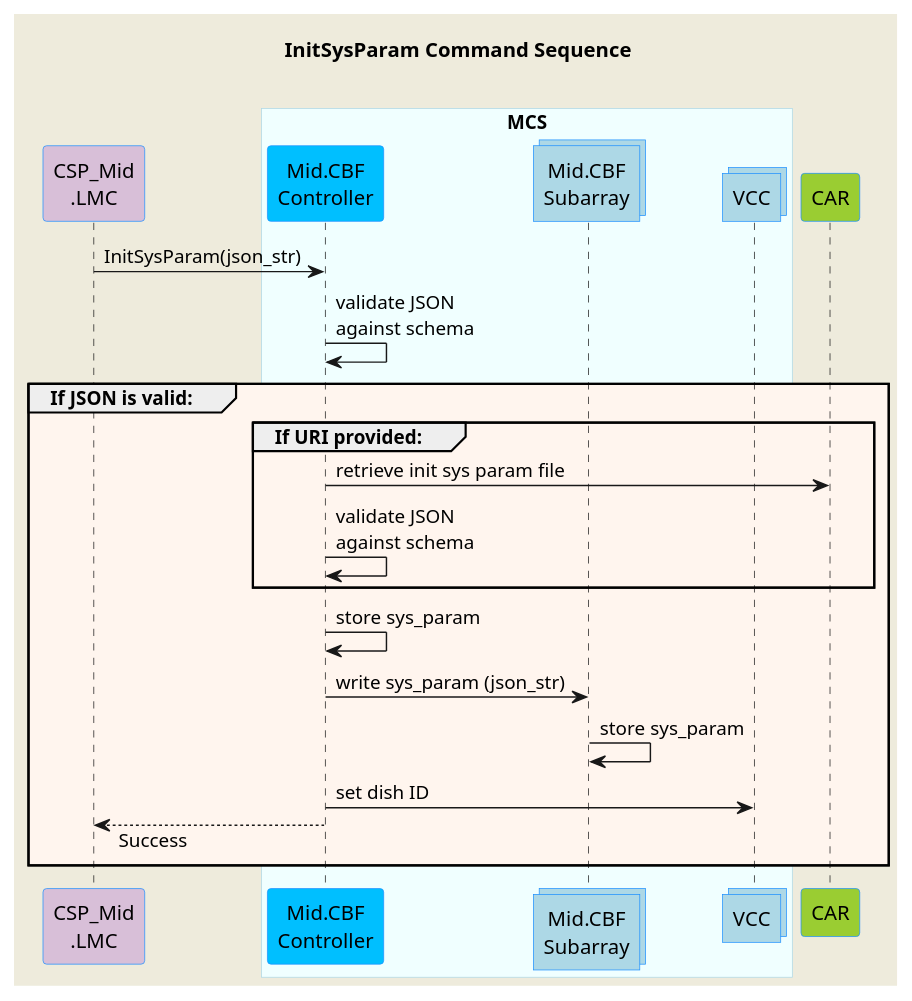
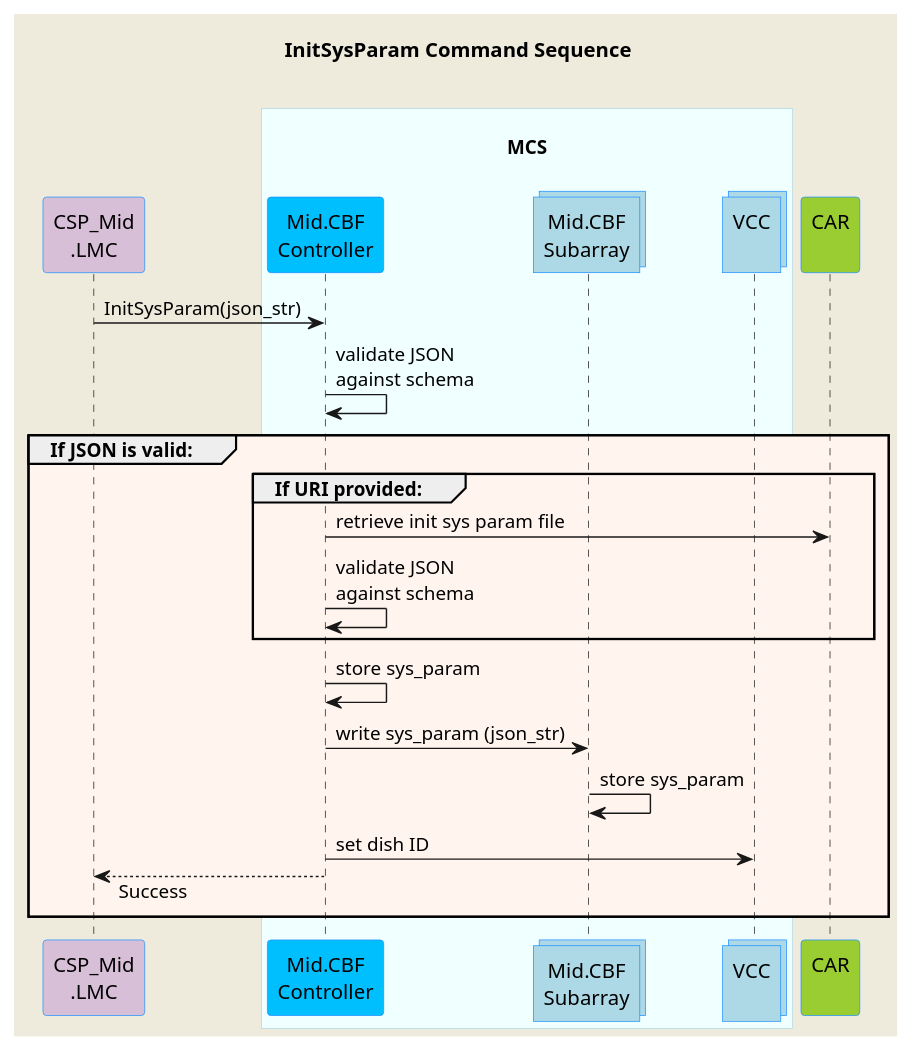
Before and after one commit to ska-telescope/mid-cbf-mcs: the diagram in docs/src/diagrams/initsysparam-command.puml, drawn with PlantUML. The commit also changed 8 other files, not shown here.

```diff
--- a/docs/src/diagrams/initsysparam-command.puml
+++ b/docs/src/diagrams/initsysparam-command.puml
@@ -1,43 +1,44 @@
 @startuml
 'https://plantuml.com/sequence-diagram
 skinparam backgroundColor #EEEBDC
 skinparam sequence {
 ParticipantBorderColor DodgerBlue
 ParticipantBackgroundColor DeepSkyBlue
 ActorBorderColor DarkGreen
 ActorBackgroundColor Green
 BoxBorderColor LightBlue
 BoxBackgroundColor #F0FFFF
 }
 skinparam collections {
   BackGroundColor LightBlue
   BorderColor DodgerBlue
 }
 skinparam responseMessageBelowArrow true
+
 title InitSysParam Command Sequence\n
+
 participant "CSP_Mid\n.LMC" as lmc #Thistle
-box "MCS"
-participant "Mid.CBF\nController" as control
-collections "Mid.CBF\nSubarray" as subarray
-collections "VCC" as vcc
+box "\nMCS\n"
+  participant "Mid.CBF\nController" as controller
+  collections "Mid.CBF\nSubarray" as subarray
+  collections "VCC\n" as vcc
 end box
-participant "CAR" as car #YellowGreen
-lmc          -> control           : InitSysParam(json_str)
+participant "CAR\n" as car #YellowGreen
 
-control      -> control           : validate JSON \nagainst schema
+lmc          -> controller           : InitSysParam(json_str)
+controller      -> controller           : validate JSON \nagainst schema
 
 group #SeaShell If JSON is valid:
-group #SeaShell If URI provided:
-control      -> car               : retrieve init sys param file
-control      -> control           : validate JSON \nagainst schema
-end
-control      -> control           : store sys_param
-control      -> subarray          : write sys_param (json_str)
-subarray     -> subarray          : store sys_param
-control      -> vcc               : set dish ID
-lmc         <-- control           : Success
-
-end
+  group #SeaShell If URI provided:
+    controller      -> car            : retrieve init sys param file
+    controller      -> controller     : validate JSON \nagainst schema
+  end group
+  controller      -> controller     : store sys_param
+  controller      -> subarray       : write sys_param (json_str)
+  subarray     -> subarray          : store sys_param
+  controller      -> vcc            : set dish ID
+  lmc         <-- controller        : Success
+end group
 
 
 @enduml
```
